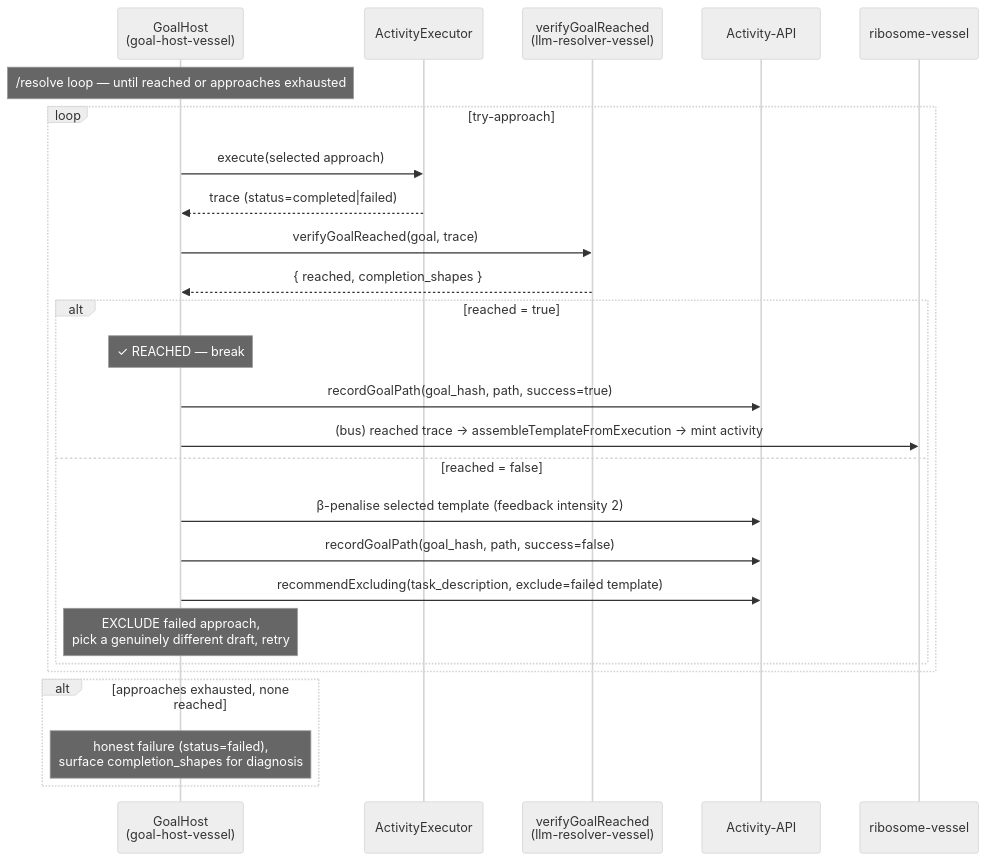
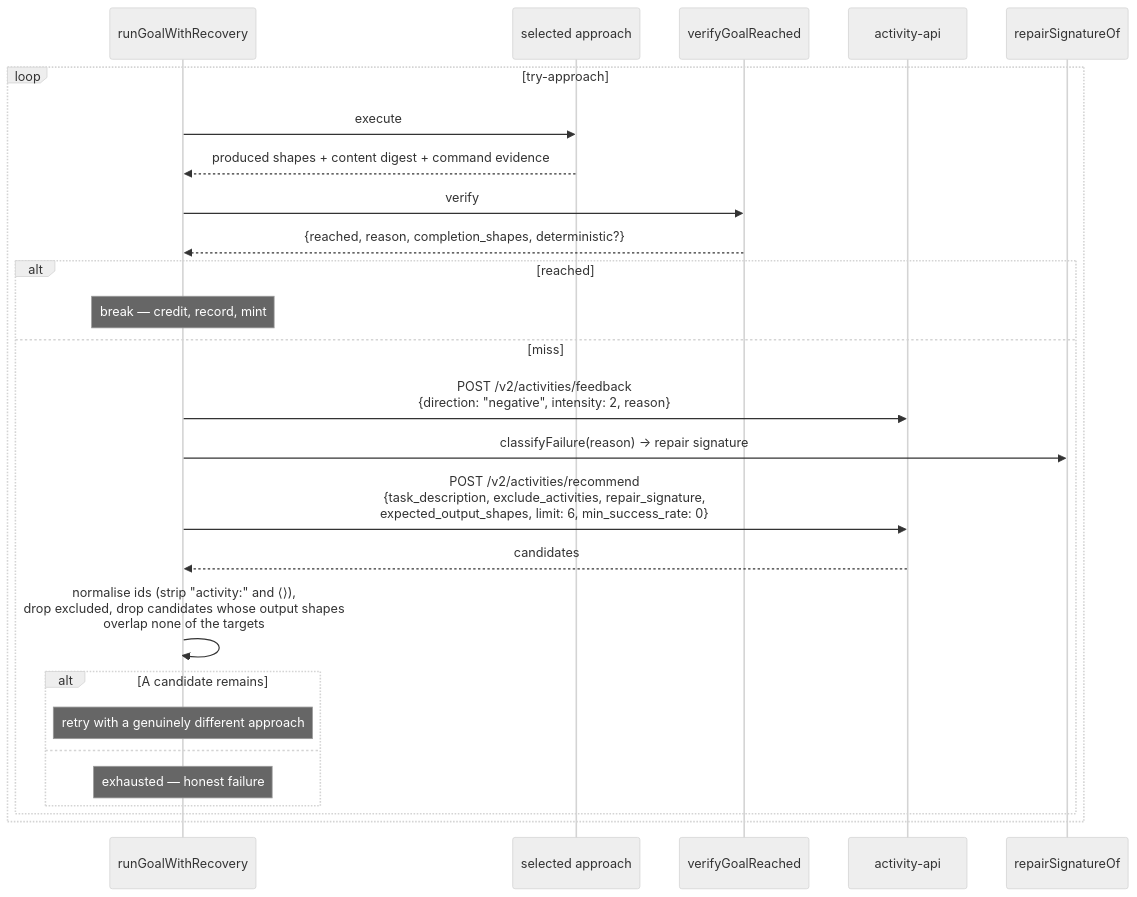
One commit to AviGopal/substrate changed the second of 8 diagrams in docs/architecture/sequences/04-improvisation-failure-modes.md. Above: the diagram before and after it, drawn with Mermaid (neutral theme). The commit also changed other lines of this file and 43 other files, not shown here.

````diff
--- a/docs/architecture/sequences/04-improvisation-failure-modes.md
+++ b/docs/architecture/sequences/04-improvisation-failure-modes.md
@@ -109,33 +79,31 @@
 ```mermaid
 sequenceDiagram
-    participant GP as GoalHost<br/>(goal-host-vessel)
-    participant Exec as ActivityExecutor
-    participant Judge as verifyGoalReached<br/>(llm-resolver-vessel)
-    participant BE as Activity-API
-    participant Ribosome as ribosome-vessel
-
-    Note over GP: /resolve loop — until reached or approaches exhausted
+    participant Rec as runGoalWithRecovery
+    participant Exec as selected approach
+    participant Gate as verifyGoalReached
+    participant API as activity-api
+    participant Sig as repairSignatureOf
 
     loop try-approach
-        GP->>Exec: execute(selected approach)
-        Exec-->>GP: trace (status=completed|failed)
+        Rec->>Exec: execute
+        Exec-->>Rec: produced shapes + content digest + command evidence
 
-        GP->>Judge: verifyGoalReached(goal, trace)
-        Judge-->>GP: { reached, completion_shapes }
+        Rec->>Gate: verify
+        Gate-->>Rec: {reached, reason, completion_shapes, deterministic?}
 
-        alt reached = true
-            Note over GP: ✓ REACHED — break
-            GP->>BE: recordGoalPath(goal_hash, path, success=true)
-            GP->>Ribosome: (bus) reached trace → assembleTemplateFromExecution → mint activity
-        else reached = false
-            GP->>BE: β-penalise selected template (feedback intensity 2)
-            GP->>BE: recordGoalPath(goal_hash, path, success=false)
-            GP->>BE: recommendExcluding(task_description, exclude=failed template)
-            Note over GP: EXCLUDE failed approach,<br/>pick a genuinely different draft, retry
+        alt reached
+            Note over Rec: break — credit, record, mint
+        else miss
+            Rec->>API: POST /v2/activities/feedback<br/>{direction: "negative", intensity: 2, reason}
+            Rec->>Sig: classifyFailure(reason) → repair signature
+            Rec->>API: POST /v2/activities/recommend<br/>{task_description, exclude_activities, repair_signature,<br/>expected_output_shapes, limit: 6, min_success_rate: 0}
+            API-->>Rec: candidates
+            Rec->>Rec: normalise ids (strip "activity:" and ⟨⟩),<br/>drop excluded, drop candidates whose output shapes<br/>overlap none of the targets
+            alt A candidate remains
+                Note over Rec: retry with a genuinely different approach
+            else
+                Note over Rec: exhausted — honest failure
+            end
         end
     end
-
-    alt approaches exhausted, none reached
-        Note over GP: honest failure (status=failed),<br/>surface completion_shapes for diagnosis
-    end
 ```
````
